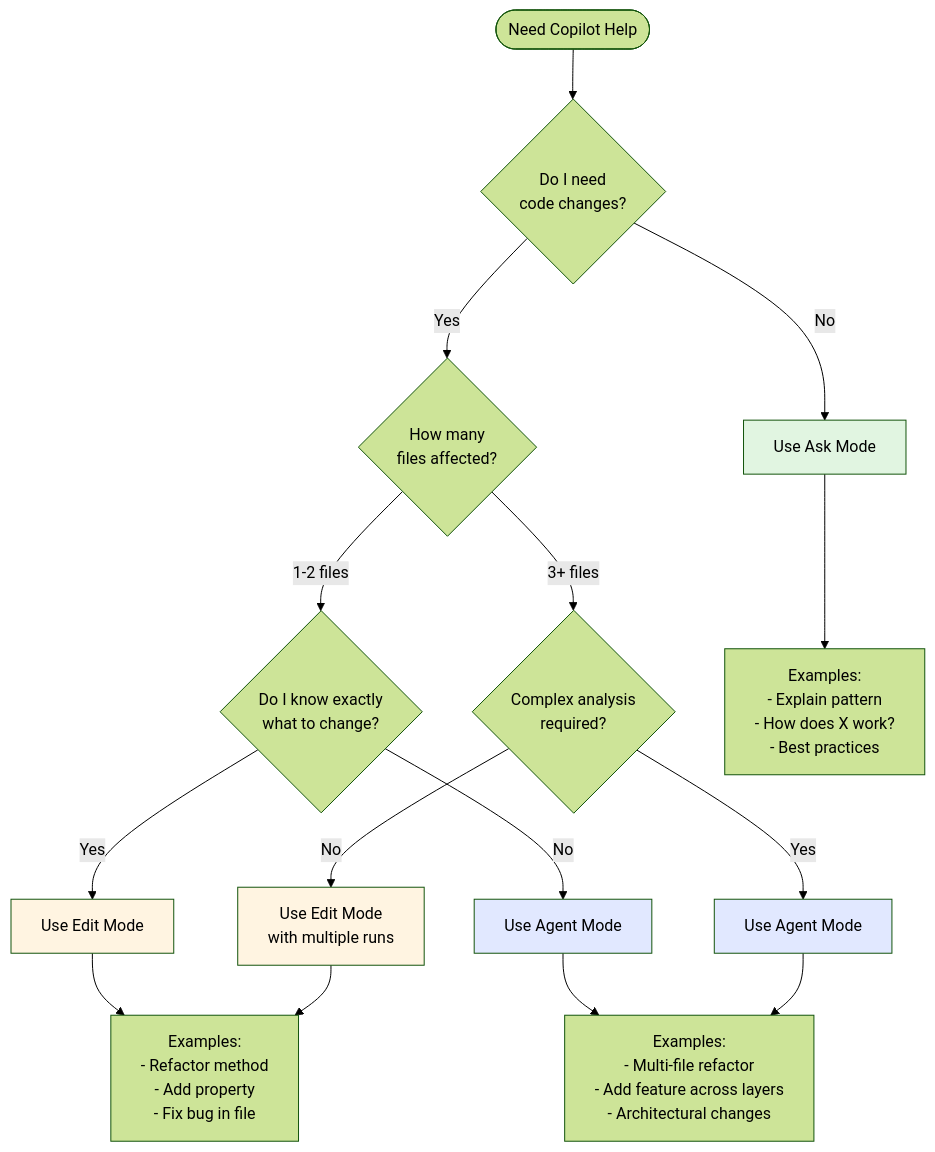
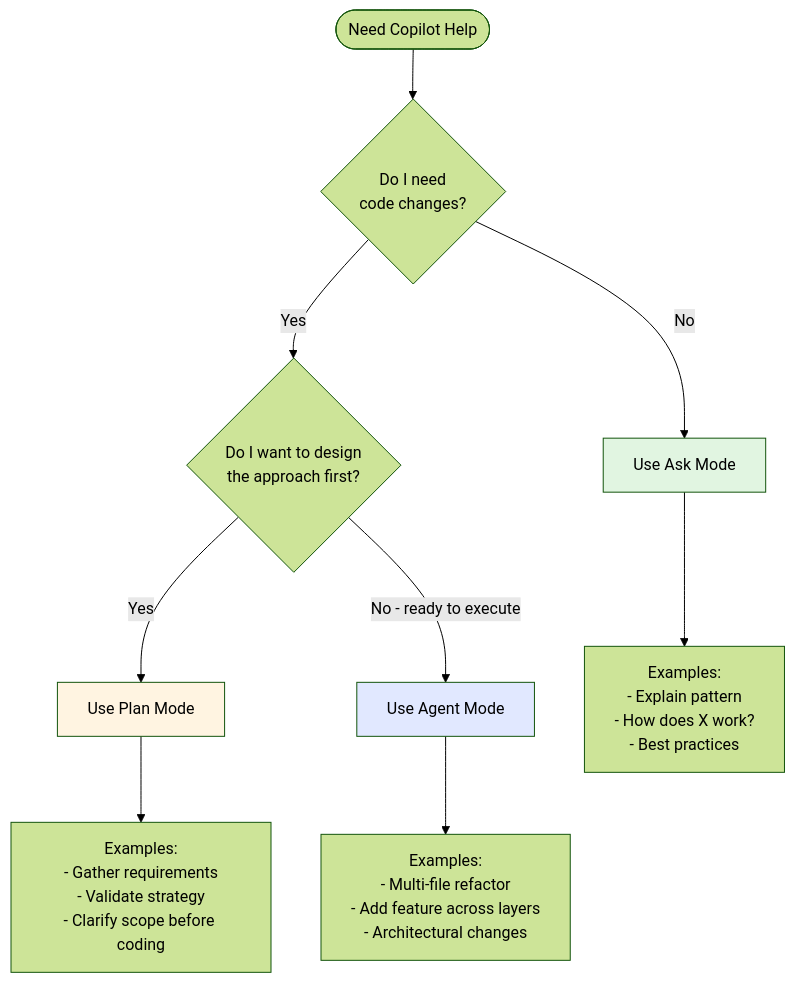
The third of 6 diagrams in docs/design/diagrams/copilot-interaction-models.md (centricconsulting/ai-coding-workshop), drawn with Mermaid (forest theme) before and after one commit. The commit also changed other lines of this file and 15 other files, not shown here.

First line of the commit message:
docs: replace Edit mode with Plan mode across all workshop content

````diff
--- a/docs/design/diagrams/copilot-interaction-models.md
+++ b/docs/design/diagrams/copilot-interaction-models.md
@@ -54,28 +55,18 @@
 ```mermaid
 flowchart TD
     Start([Need Copilot Help]) --> Q1{Do I need<br/>code changes?}
     
     Q1 -->|No| UseAsk[Use Ask Mode]
-    Q1 -->|Yes| Q2{How many<br/>files affected?}
+    Q1 -->|Yes| Q2{Do I want to design<br/>the approach first?}
     
-    Q2 -->|1-2 files| Q3{Do I know exactly<br/>what to change?}
-    Q2 -->|3+ files| Q4{Complex analysis<br/>required?}
-    
-    Q3 -->|Yes| UseEdit[Use Edit Mode]
-    Q3 -->|No| UseAgent1[Use Agent Mode]
-    
-    Q4 -->|Yes| UseAgent2[Use Agent Mode]
-    Q4 -->|No| UseEdit2[Use Edit Mode<br/>with multiple runs]
+    Q2 -->|Yes| UsePlan[Use Plan Mode]
+    Q2 -->|No - ready to execute| UseAgent[Use Agent Mode]
     
     UseAsk --> AskEx[Examples:<br/>- Explain pattern<br/>- How does X work?<br/>- Best practices]
-    UseEdit --> EditEx[Examples:<br/>- Refactor method<br/>- Add property<br/>- Fix bug in file]
-    UseAgent1 --> AgentEx[Examples:<br/>- Multi-file refactor<br/>- Add feature across layers<br/>- Architectural changes]
-    UseAgent2 --> AgentEx
-    UseEdit2 --> EditEx
+    UsePlan --> PlanEx[Examples:<br/>- Gather requirements<br/>- Validate strategy<br/>- Clarify scope before coding]
+    UseAgent --> AgentEx[Examples:<br/>- Multi-file refactor<br/>- Add feature across layers<br/>- Architectural changes]
     
     style UseAsk fill:#e1f5e1
-    style UseEdit fill:#fff4e1
-    style UseEdit2 fill:#fff4e1
-    style UseAgent1 fill:#e1e8ff
-    style UseAgent2 fill:#e1e8ff
+    style UsePlan fill:#fff4e1
+    style UseAgent fill:#e1e8ff
 ```
````
